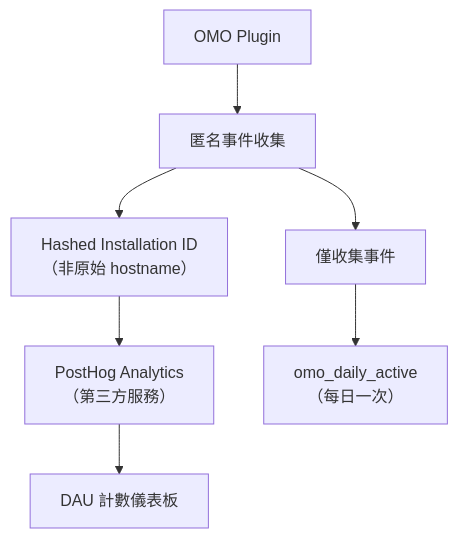
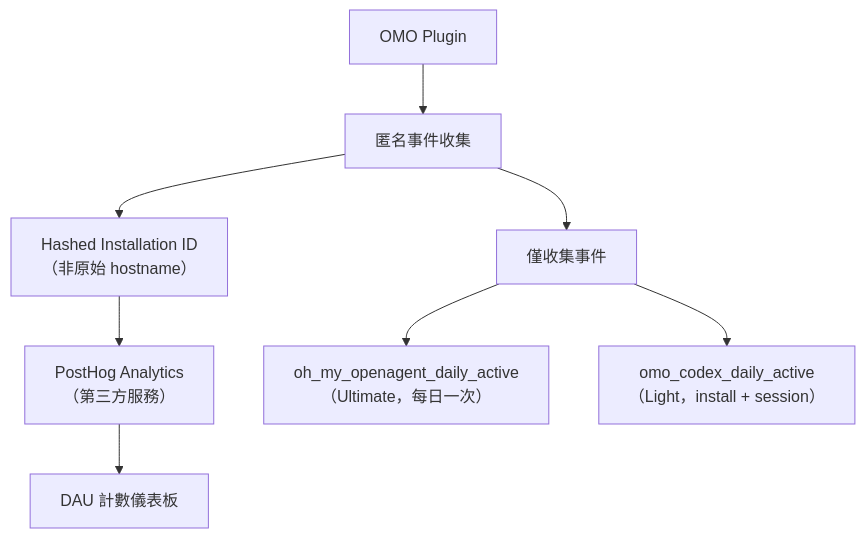
Diagram 21 of 21 in content/posts/教學/AI開發/oh-my-openagent（Oh My OpenCode, OMO）教學手冊.md (chihhung/Blog), drawn with Mermaid before and after one commit. The commit also changed other lines of this file and 12 other files, not shown here.

````diff
--- a/content/posts/教學/AI開發/oh-my-openagent（Oh My OpenCode, OMO）教學手冊.md
+++ b/content/posts/教學/AI開發/oh-my-openagent（Oh My OpenCode, OMO）教學手冊.md
@@ -2679,11 +2813,12 @@
 ```mermaid
 flowchart TD
     OMO["OMO Plugin"] --> Collect["匿名事件收集"]
     Collect --> Hash["Hashed Installation ID<br/>（非原始 hostname）"]
     Hash --> PostHog["PostHog Analytics<br/>（第三方服務）"]
     
     Collect --> Events["僅收集事件"]
-    Events --> E1["omo_daily_active<br/>（每日一次）"]
+    Events --> E1["oh_my_openagent_daily_active<br/>（Ultimate，每日一次）"]
+    Events --> E2["omo_codex_daily_active<br/>（Light，install + session）"]
     
     PostHog --> Dashboard["DAU 計數儀表板"]
 ```
````
